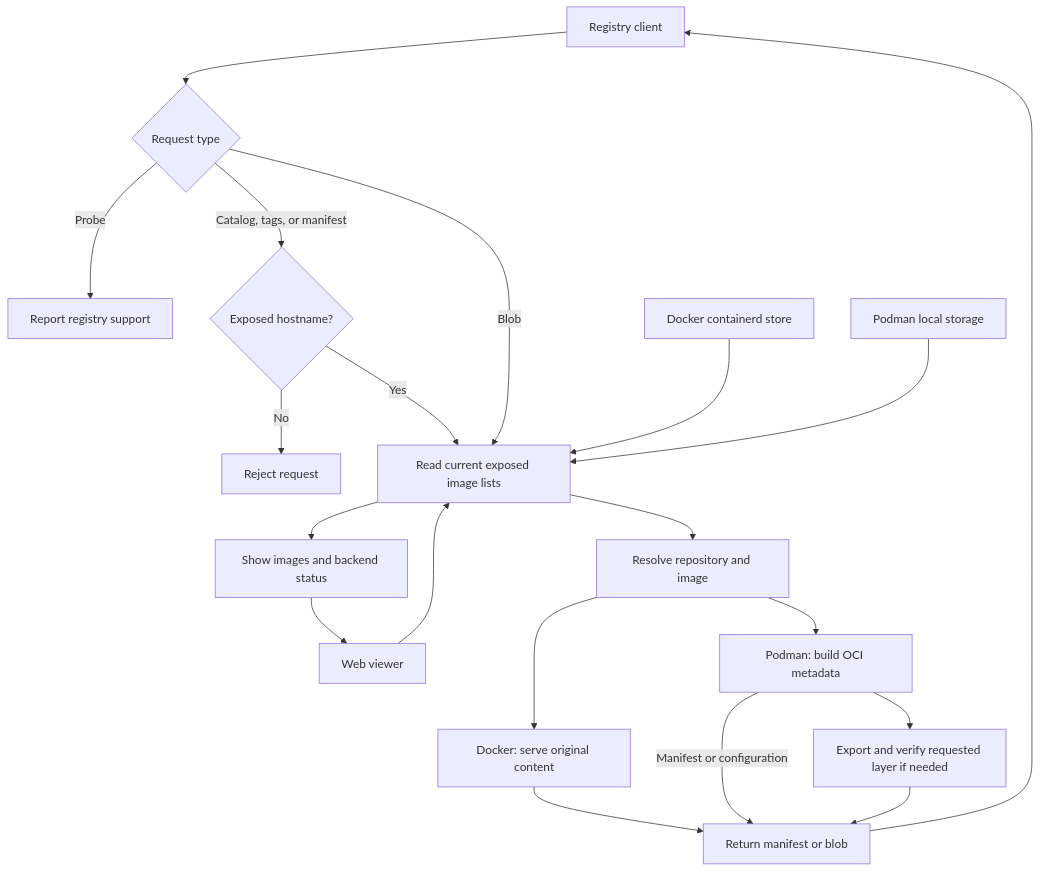
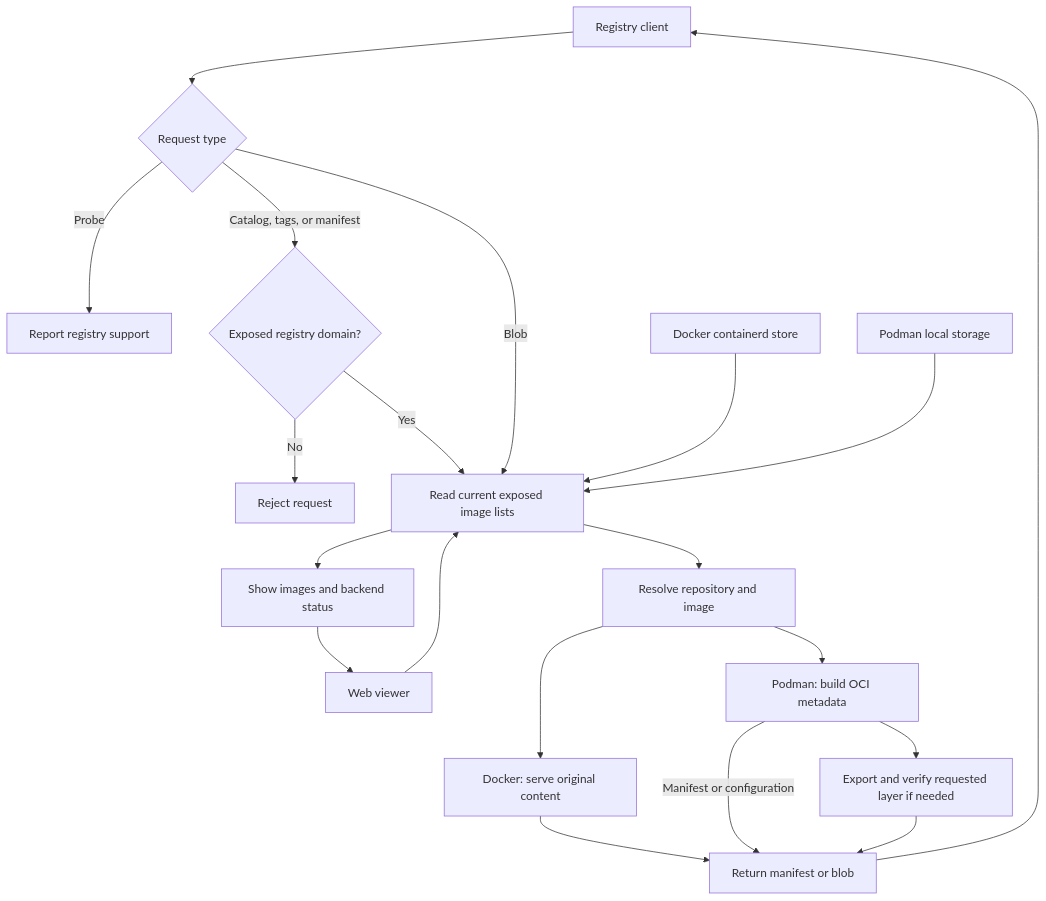
One commit to jlzhjp/regview changed the diagram in README.md. Above: the diagram before and after it, drawn with Mermaid. The commit also changed other lines of this file and 10 other files, not shown here.

````diff
--- a/README.md
+++ b/README.md
@@ -112,22 +118,22 @@
 ```mermaid
 flowchart TD
     Client[Registry client] --> Request{Request type}
     Request -->|Probe| Ping[Report registry support]
-    Request -->|Catalog, tags, or manifest| Host{Exposed hostname?}
+    Request -->|Catalog, tags, or manifest| Host{Exposed registry domain?}
     Host -->|No| Reject[Reject request]
     Host -->|Yes| Catalog[Read current exposed image lists]
     Request -->|Blob| Catalog
     Viewer[Web viewer] --> Catalog
     Docker[Docker containerd store] --> Catalog
     Podman[Podman local storage] --> Catalog
     Catalog --> Browse[Show images and backend status]
     Browse --> Viewer
     Catalog --> Resolve[Resolve repository and image]
     Resolve --> Native[Docker: serve original content]
     Resolve --> Convert[Podman: build OCI metadata]
     Convert --> Verify[Export and verify requested layer if needed]
     Native --> Response[Return manifest or blob]
     Convert -->|Manifest or configuration| Response
     Verify --> Response
     Response --> Client
 ```
````
